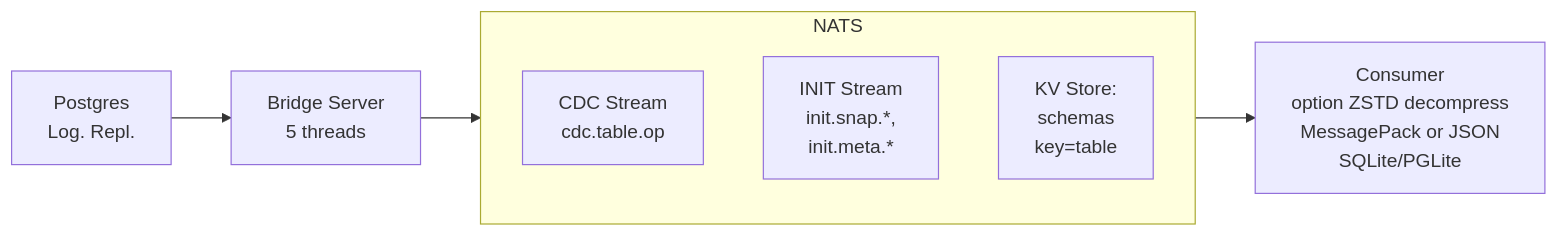
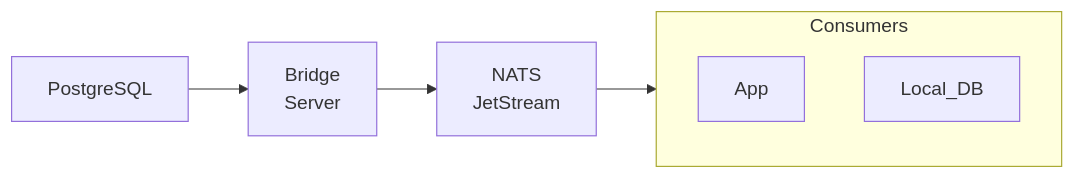
One commit to ndrean/Bridge changed the first of 2 diagrams in README.md. Above: the diagram before and after it, drawn with Mermaid. The commit also changed other lines of this file and 780 other files, not shown here.

````diff
--- a/README.md
+++ b/README.md
@@ -13,13 +14,12 @@
 ```mermaid
 flowchart LR
-    PG[Postgres<br/>Log. Repl.] --> Bridge[Bridge Server<br/>5 threads]
-    Bridge --> NATS[NATS JetStream]
+    PG[PostgreSQL] --> Bridge[Bridge <br>Server]
+    Bridge --> NATS[NATS <br>JetStream]
 
-    subgraph NATS
-        CDC[CDC Stream<br>cdc.table.op]
-        INIT[INIT Stream<br>init.snap.*, <br>init.meta.*]
-        KV[KV Store: <br>schemas<br>key=table]
+    NATS --> Consumers
+
+    subgraph Consumers
+      App
+      Local_DB
     end
-
-    NATS --> Consumer[Consumer<br>option ZSTD decompress<br> MessagePack or JSON<br>SQLite/PGLite]
 ```
````
